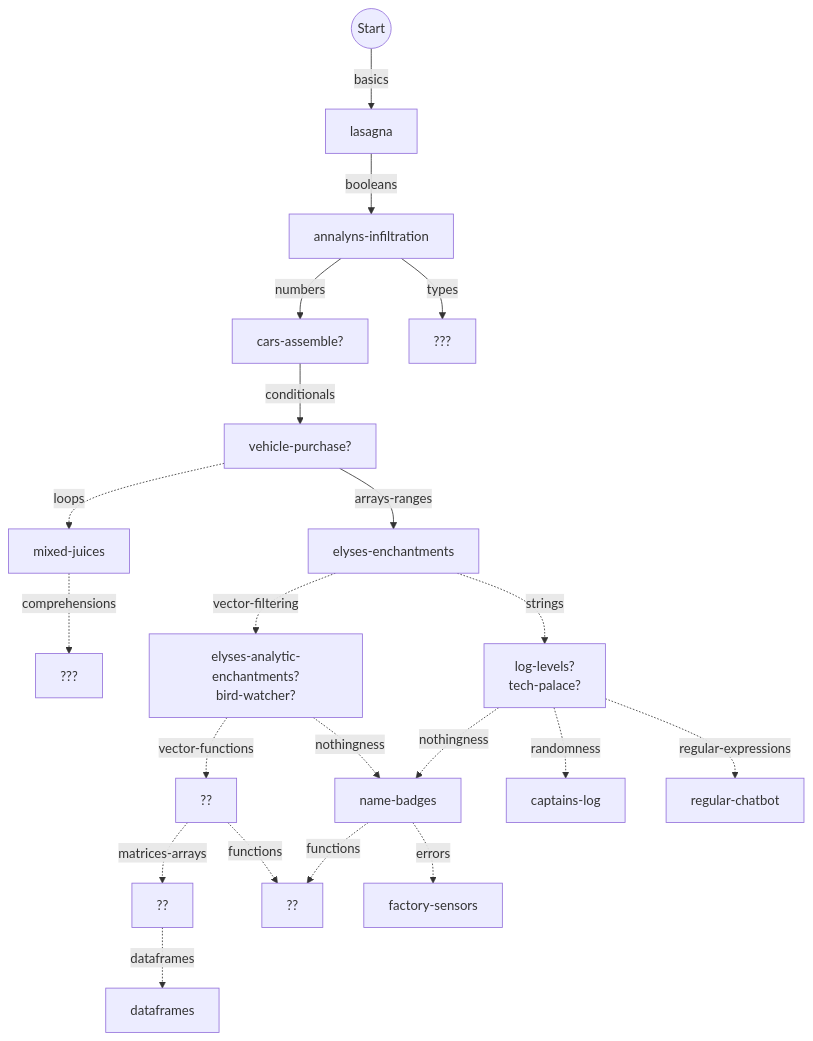
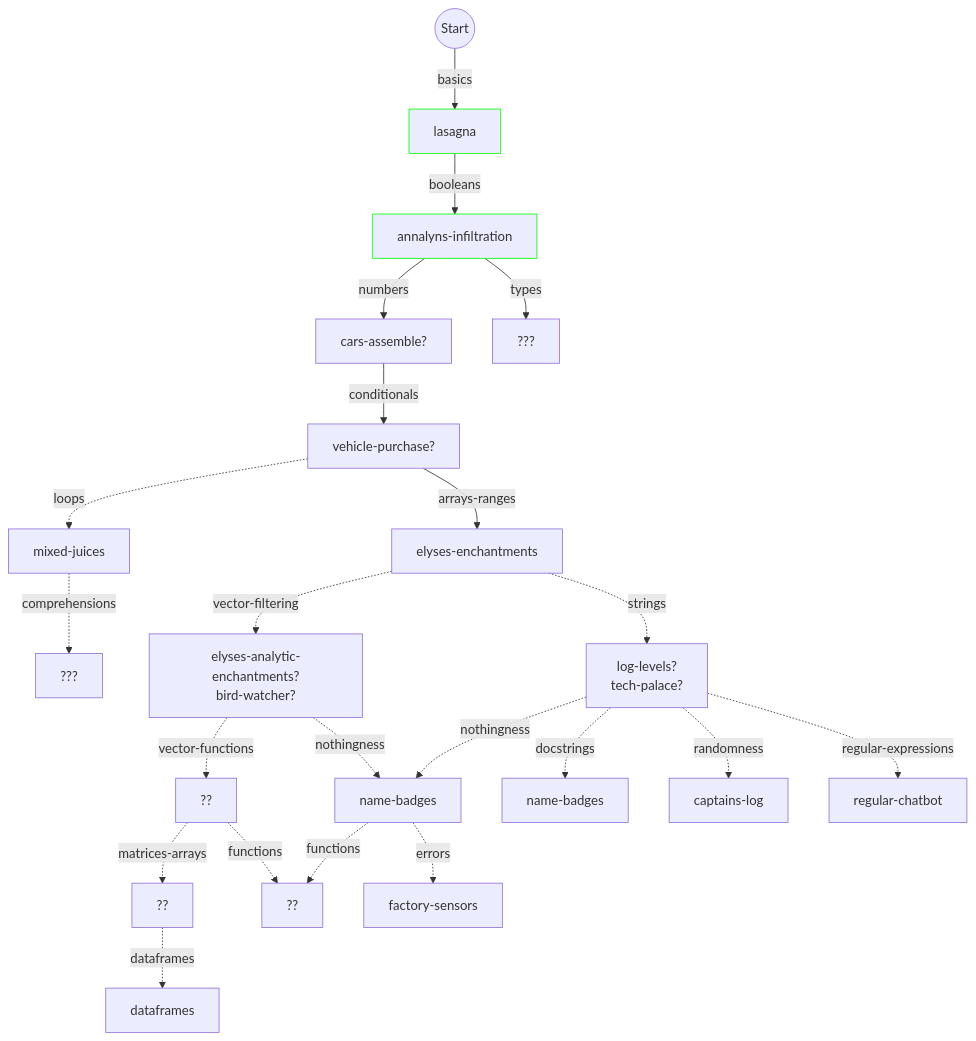
One commit to colinleach/learning-track-doodles changed the diagram in julia/flowchart.md. Above: the diagram before and after it, drawn with Mermaid.

Commit message:
still doing cleanup

````diff
--- a/julia/flowchart.md
+++ b/julia/flowchart.md
@@ -11,73 +11,76 @@
 ```mermaid
 graph TD
     
 start(("Start")) --basics--> basics["lasagna"]
-%% style basics fill:#0f0
+style basics stroke:#0f0
 
 basics --booleans--> booleans["annalyns-infiltration"]
-%% style booleans fill:#0f0
+style booleans stroke:#0f0
 
 booleans --numbers--> numbers["cars-assemble?"]
 %% style numbers fill:#0f0
 
 booleans --types--> types["???"]
 %% style types fill:#0f0
 
 numbers --conditionals--> conditionals["vehicle-purchase?"]
 %% style conditionals fill:#0f0
 
 conditionals --arrays-ranges--> arrays-ranges["elyses-enchantments"]
 %% style arrays stroke:#0f0
 
 conditionals -.loops.-> loops["mixed-juices"]
 %% style loops stroke:#0f0
 
 loops -.comprehensions.-> comprehensions["???"]
 %% style comprehensions stroke:#0f0
 
 %% name-attribute -.lists.-> lists["need-for-speed"]
 
 arrays-ranges -.vector-filtering.-> vector-filtering["elyses-analytic-enchantments?<br/>bird-watcher?"]
 %% style vector-filtering stroke:#0f0
 
 %% vector-filtering -.name-attribute.-> name-attribute["??"]
 %% style name-attribute fill:#f00,color:#fff
 
 vector-filtering -.vector-functions.-> vector-functions["??"]
 %% style vector-functions stroke:#f00
 
 vector-filtering -.nothingness.-> nothingness["name-badges"]
 %% style vector-filtering stroke:#0f0
 
 arrays-ranges -.strings.-> strings["log-levels?<br/>tech-palace?"]
 %% style strings stroke:#0f0
 
+strings -.docstrings.-> docstrings["name-badges"]
+%% style docstrings stroke:#0f0
+
 strings -.nothingness.-> nothingness["name-badges"]
 %% style nothingness stroke:#0f0
 
 strings -.randomness.-> randomness["captains-log"]
 %% style randomness stroke:#0f0
 
 strings -.regular-expressions.-> regular-expressions["regular-chatbot"]
 
 vector-functions -.matrices-arrays.-> matrices-arrays["??"]
 %% style matrices-arrays fill:#f00,color:#fff
 
 %% style apply-functions fill:#f00,color:#fff
 
 %% vector-functions -.dataframes.-> dataframes["??"]
 %% style dataframes fill:#f00,color:#fff
 
 matrices-arrays -.dataframes.-> dataframes
 %% dataframes -.factors.-> factors["??"]
 %% style factors fill:#f00,color:#fff
 
 %% dataframes -.apply-functions.-> apply-functions["??"]
 
 vector-functions -.functions.-> functions["??"]
 nothingness -.functions.-> functions["??"]
 %% style functions fill:#f00,color:#fff
 
 nothingness -.errors.-> errors["factory-sensors "]
 
 ```
````
